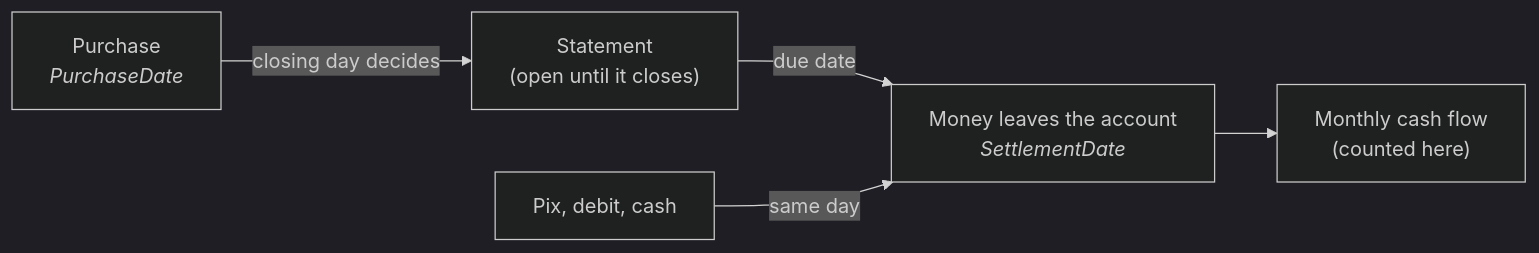
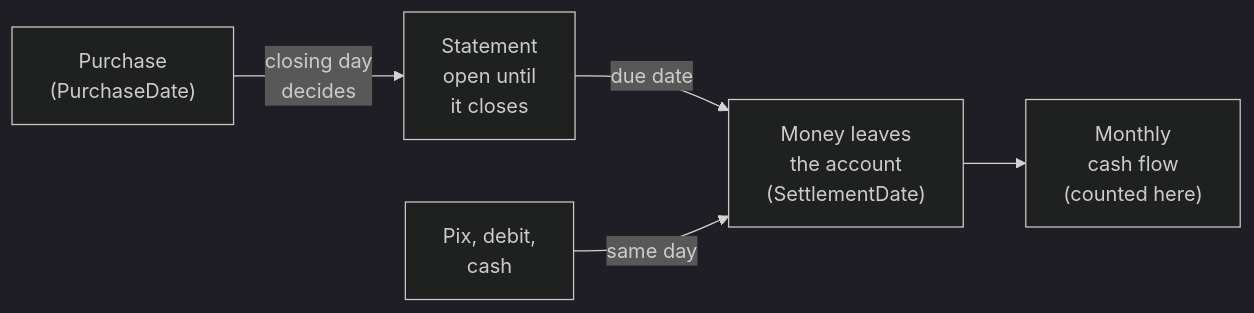
One commit to vagnerwentz/prisma changed the first of 5 diagrams in README.md. Above: the diagram before and after it, drawn with Mermaid (dark theme). The commit also changed other lines of this file and 3 other files, not shown here.

First line of the commit message:
docs: README diagrams that no longer clip, password change across the docs

````diff
--- a/README.md
+++ b/README.md
@@ -132,7 +136,7 @@
 ```mermaid
 flowchart LR
-    Buy["Purchase<br/><i>PurchaseDate</i>"] -->|"closing day decides"| Statement["Statement<br/>(open until it closes)"]
-    Statement -->|"due date"| Cash["Money leaves the account<br/><i>SettlementDate</i>"]
-    Cash --> Dashboard["Monthly cash flow<br/>(counted here)"]
-    Pix["Pix, debit, cash"] -->|"same day"| Cash
+    Buy["Purchase<br/>(PurchaseDate)"] -->|"closing day<br/>decides"| Statement["Statement<br/>open until<br/>it closes"]
+    Statement -->|"due date"| Cash["Money leaves<br/>the account<br/>(SettlementDate)"]
+    Cash --> Dashboard["Monthly<br/>cash flow<br/>(counted here)"]
+    Pix["Pix, debit,<br/>cash"] -->|"same day"| Cash
 ```
````
